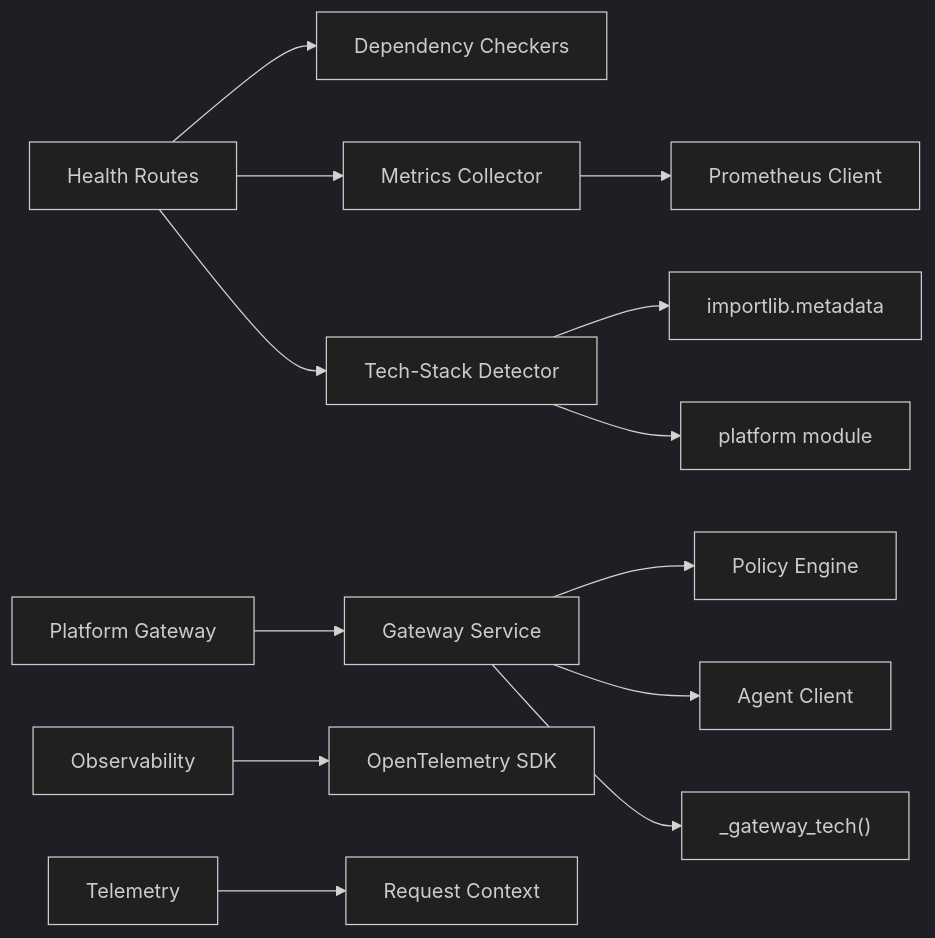
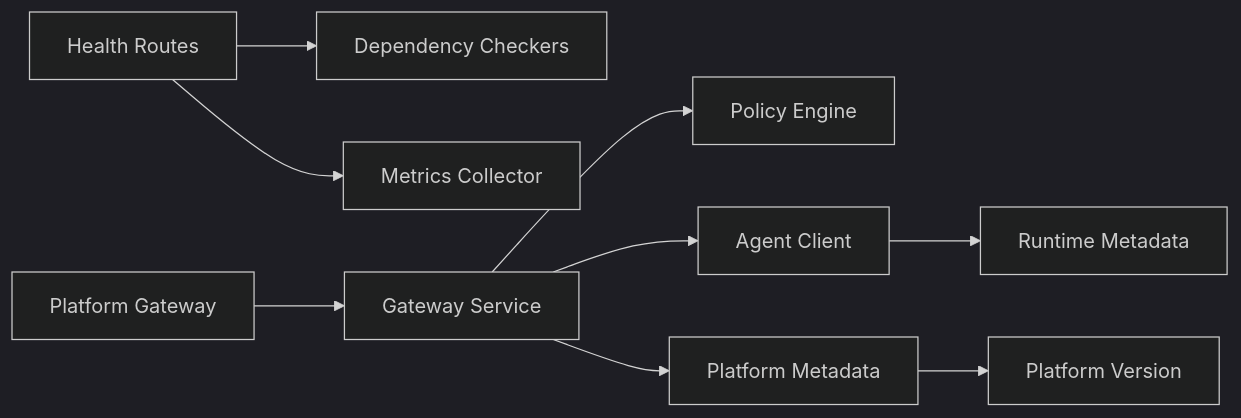
One commit to metasync/luban-aiops changed diagram 11 of 11 in .qoder/repowiki/en/content/API Reference/Agent Platform API/Health & Monitoring API.md. Above: the diagram before and after it, drawn with Mermaid (dark theme). The commit also changed other lines of this file and 5 other files, not shown here.

````diff
--- a/.qoder/repowiki/en/content/API Reference/Agent Platform API/Health & Monitoring API.md
+++ b/.qoder/repowiki/en/content/API Reference/Agent Platform API/Health & Monitoring API.md
@@ -567,15 +585,11 @@
 ```mermaid
 graph LR
 Health["Health Routes"] --> Deps["Dependency Checkers"]
 Health --> Metrics["Metrics Collector"]
-Health --> TechDetect["Tech-Stack Detector"]
 Gateway["Platform Gateway"] --> GatewayService["Gateway Service"]
 GatewayService --> PolicyEngine["Policy Engine"]
 GatewayService --> AgentClient["Agent Client"]
-GatewayService --> GatewayTech["_gateway_tech()"]
-TechDetect --> ImportLib["importlib.metadata"]
-TechDetect --> Platform["platform module"]
-Metrics --> Prometheus["Prometheus Client"]
-Observability["Observability"] --> OTel["OpenTelemetry SDK"]
-Telemetry["Telemetry"] --> Context["Request Context"]
+GatewayService --> PlatformMeta["Platform Metadata"]
+AgentClient --> RuntimeMeta["Runtime Metadata"]
+PlatformMeta --> Version["Platform Version"]
 ```
````
